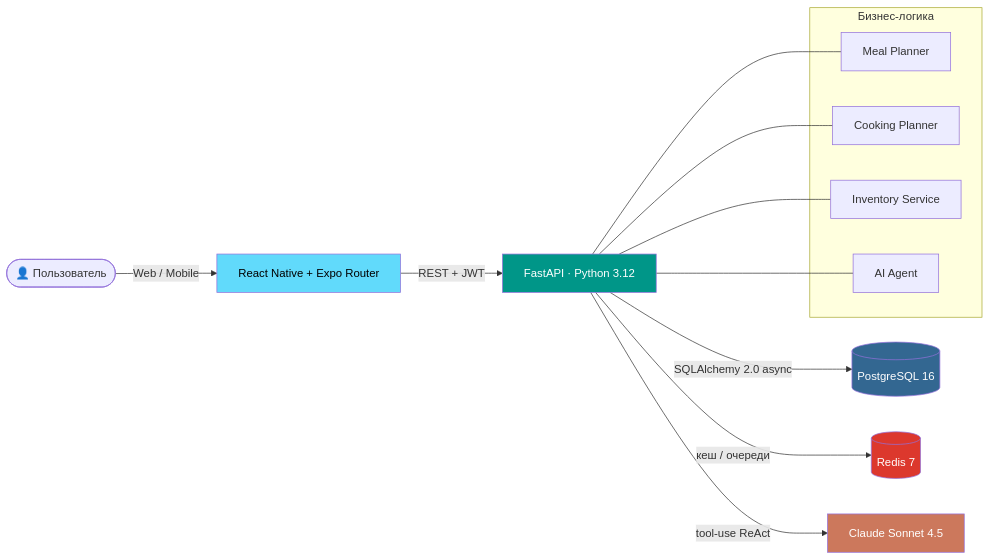
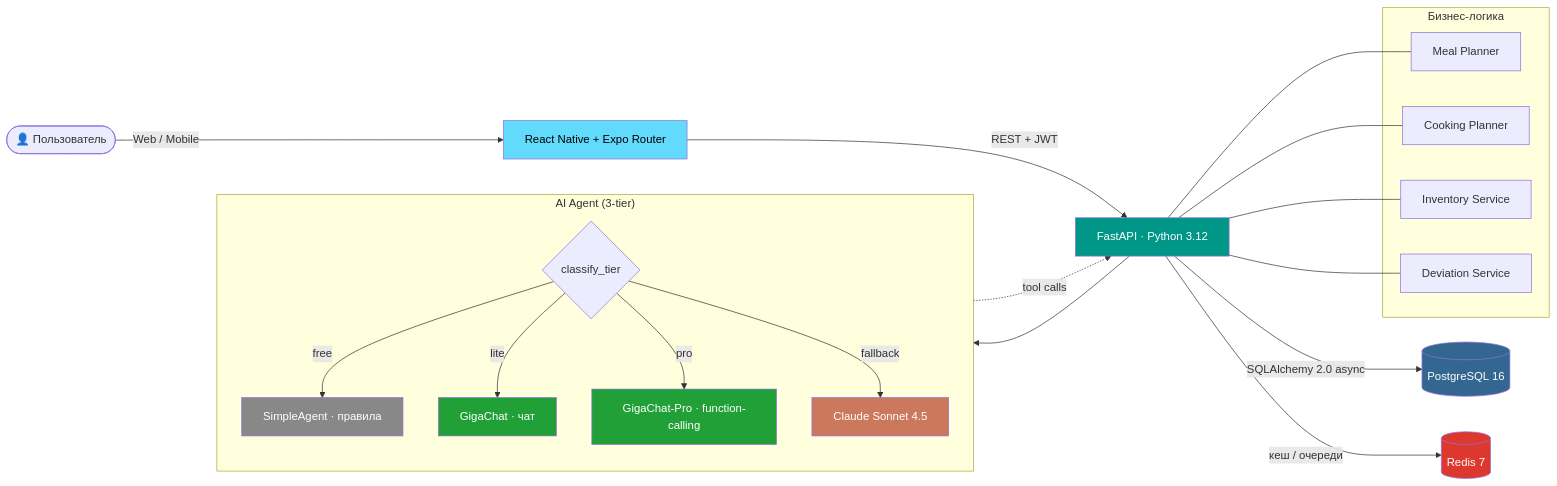
One commit to PolyaRoz/kbzhuy changed the diagram in README.md. Above: the diagram before and after it, drawn with Mermaid. The commit also changed other lines of this file, not shown here.

First line of the commit message:
docs(readme): document GigaChat agent, 3-tier routing, persistent chat

````diff
--- a/README.md
+++ b/README.md
@@ -91,29 +174,43 @@
 ```mermaid
 flowchart LR
     User([👤 Пользователь])
     User -->|Web / Mobile| RN[React Native + Expo Router]
 
     RN -->|REST + JWT| API[FastAPI · Python 3.12]
 
     API -->|SQLAlchemy 2.0 async| PG[(PostgreSQL 16)]
     API -->|кеш / очереди| RD[(Redis 7)]
-    API -->|tool-use ReAct| AI[Claude Sonnet 4.5]
+
+    subgraph "AI Agent (3-tier)"
+        direction TB
+        Router{classify_tier}
+        Router -->|free| Simple[SimpleAgent · правила]
+        Router -->|lite| GLite[GigaChat · чат]
+        Router -->|pro| GPro[GigaChat-Pro · function-calling]
+        Router -->|fallback| Claude[Claude Sonnet 4.5]
+    end
+
+    API --> Router
+    GPro -.tool calls.-> API
 
     subgraph "Бизнес-логика"
         MP[Meal Planner]
         CP[Cooking Planner]
         IS[Inventory Service]
-        AG[AI Agent]
+        DS[Deviation Service]
     end
 
     API --- MP
     API --- CP
     API --- IS
-    API --- AG
+    API --- DS
 
     style RN fill:#61DAFB,color:#000
     style API fill:#009688,color:#fff
     style PG fill:#336791,color:#fff
     style RD fill:#DC382D,color:#fff
-    style AI fill:#CC785C,color:#fff
+    style GPro fill:#21A038,color:#fff
+    style GLite fill:#21A038,color:#fff
+    style Claude fill:#CC785C,color:#fff
+    style Simple fill:#888,color:#fff
 ```
````
